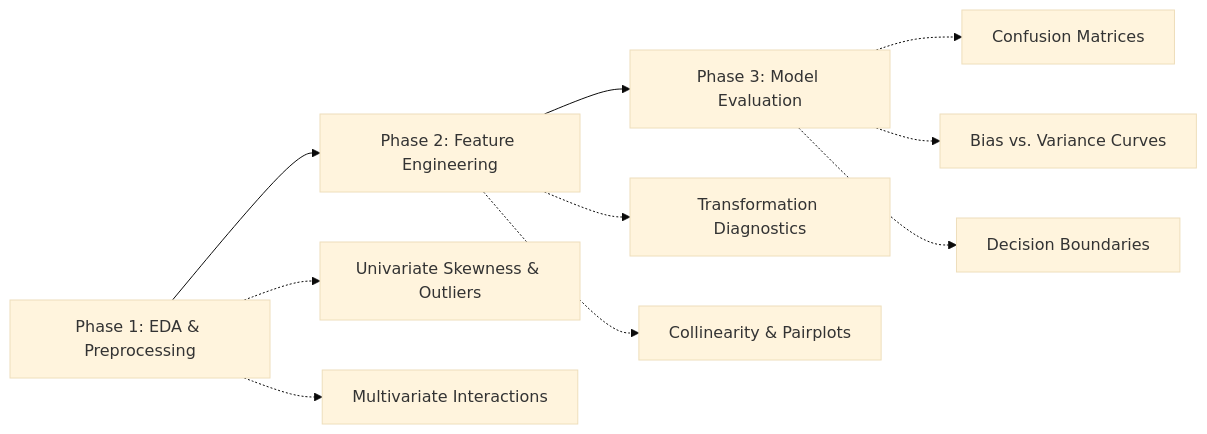
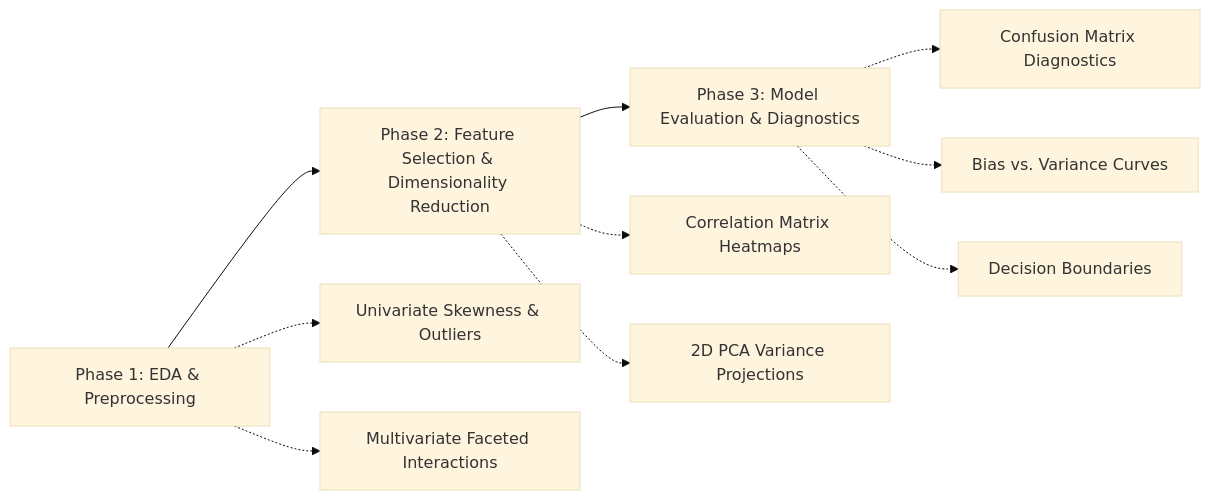
One commit to cnwabuezejoshua-spec/Third-Semester-Baraka-2026---Data-Science changed the diagram in README.md. Above: the diagram before and after it, drawn with Mermaid (base theme). The commit also changed other lines of this file and 5 other files, not shown here.

Commit message:
feat: add Live Session 1 Continuation notebook, correlation/confusion/PCA visual diagnostics, and update portfolio README

````diff
--- a/README.md
+++ b/README.md
@@ -67,15 +73,15 @@
 ```mermaid
 graph LR
-    A["Phase 1: EDA & Preprocessing"] --> B["Phase 2: Feature Engineering"]
-    B --> C["Phase 3: Model Evaluation"]
+    A["Phase 1: EDA & Preprocessing"] --> B["Phase 2: Feature Selection & Dimensionality Reduction"]
+    B --> C["Phase 3: Model Evaluation & Diagnostics"]
     
     A -.-> A1["Univariate Skewness & Outliers"]
-    A -.-> A2["Multivariate Interactions"]
+    A -.-> A2["Multivariate Faceted Interactions"]
     
-    B -.-> B1["Transformation Diagnostics"]
-    B -.-> B2["Collinearity & Pairplots"]
+    B -.-> B1["Correlation Matrix Heatmaps"]
+    B -.-> B2["2D PCA Variance Projections"]
     
-    C -.-> C1["Confusion Matrices"]
+    C -.-> C1["Confusion Matrix Diagnostics"]
     C -.-> C2["Bias vs. Variance Curves"]
     C -.-> C3["Decision Boundaries"]
 ```
````
